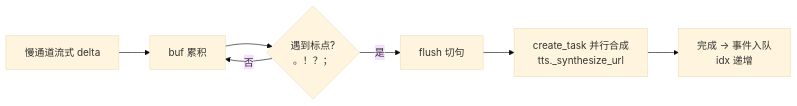
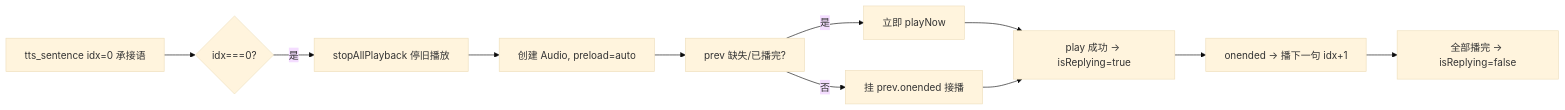
Before and after one commit to Xudream/duplex-voice: the second of 2 diagrams in docs/软件设计.md, drawn with Mermaid (base theme). The commit also changed other lines of this file and 8 other files, not shown here.

````diff
--- a/docs/软件设计.md
+++ b/docs/软件设计.md
@@ -310,9 +203,12 @@
 ```mermaid
 flowchart LR
-    A[慢通道流式 delta] --> B[buf 累积]
-    B --> C{遇到标点?<br/>。！？；\n}
-    C -- 是 --> D[flush 切句]
-    D --> E[create_task 并行合成<br/>tts._synthesize_url]
-    E --> F[完成 → 事件入队<br/>idx 递增]
-    C -- 否 --> B
+    A[tts_sentence idx=0 承接语] --> B{idx===0?}
+    B -- 是 --> C[stopAllPlayback 停旧播放]
+    C --> D[创建 Audio, preload=auto]
+    D --> E[prev 缺失/已播完?]
+    E -- 是 --> F[立即 playNow]
+    E -- 否 --> G[挂 prev.onended 接播]
+    F & G --> H[play 成功 → isReplying=true]
+    H --> I[onended → 播下一句 idx+1]
+    I --> J[全部播完 → isReplying=false]
 ```
````
